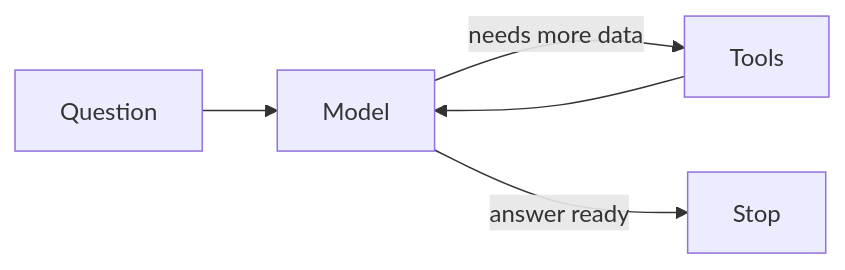
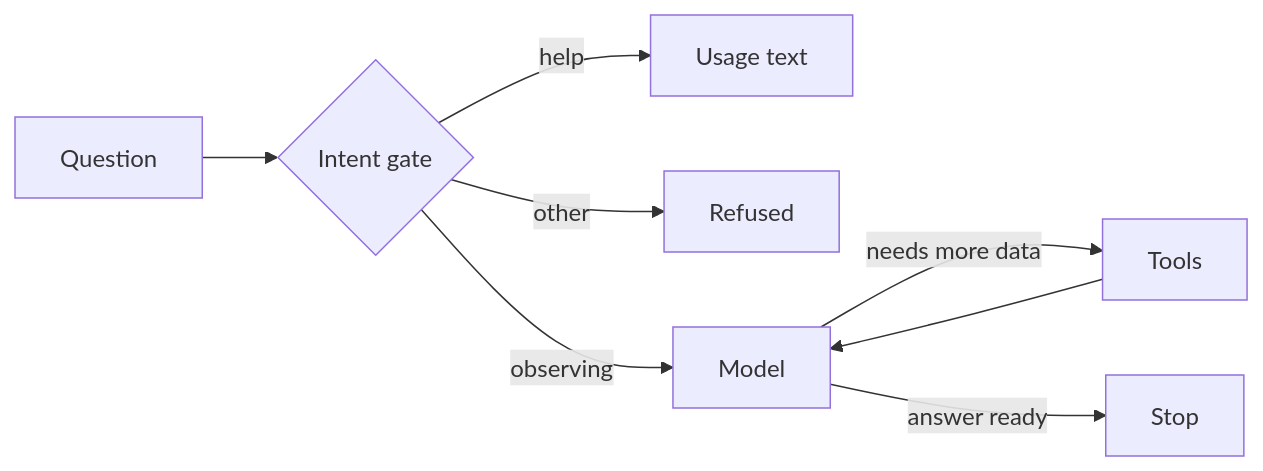
Before and after one commit to iceboxx89/star-gazing-weather-agent: the diagram in README.md, drawn with Mermaid. The commit also changed other lines of this file and 4 other files, not shown here.

Commit message:
feat(agent): gate questions by intent before the loop

````diff
--- a/README.md
+++ b/README.md
@@ -11,7 +11,10 @@
 ```mermaid
 flowchart LR
-    Q[Question] --> M[Model]
+    Q[Question] --> G{Intent gate}
+    G -- help --> H[Usage text]
+    G -- other --> R[Refused]
+    G -- observing --> M[Model]
     M -->|needs more data| T[Tools]
     T --> M
     M -->|answer ready| Stop[Stop]
 ```
````
